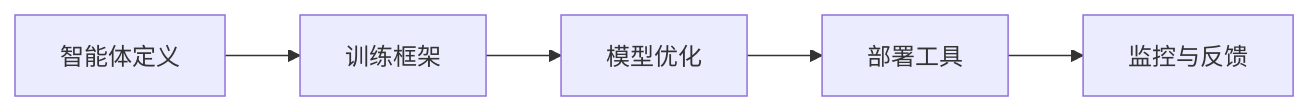
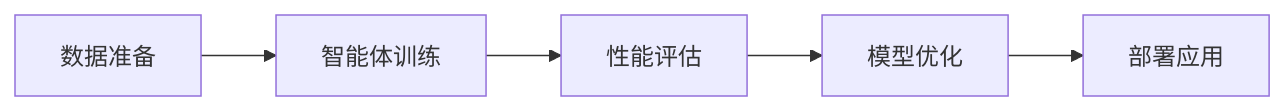
Before and after one commit to wayyoungboy/github-trending-reporter: the first of 8 diagrams in reports/2026/01/2026-01-22.md, drawn with Mermaid. The commit also changed other lines of this file and 1 other file, not shown here.

````diff
--- a/reports/2026/01/2026-01-22.md
+++ b/reports/2026/01/2026-01-22.md
@@ -56,7 +56,7 @@
 ```mermaid
 graph LR
-    A[智能体定义] --> B[训练框架]
-    B --> C[模型优化]
-    C --> D[部署工具]
-    D --> E[监控与反馈]
+    A[数据准备] --> B[智能体训练]
+    B --> C[性能评估]
+    C --> D[模型优化]
+    D --> E[部署应用]
 ```
````
